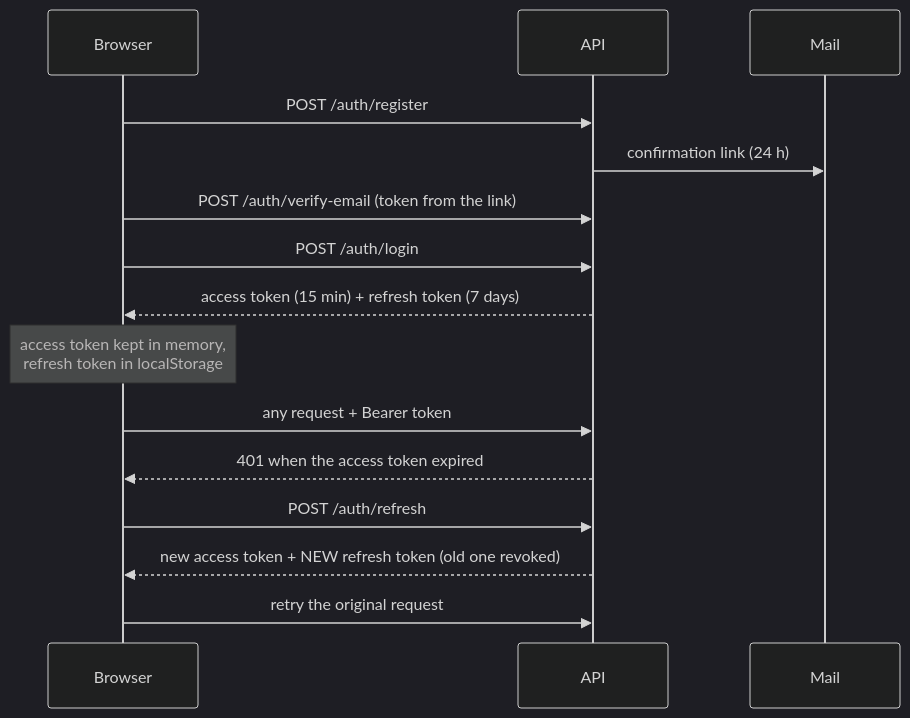
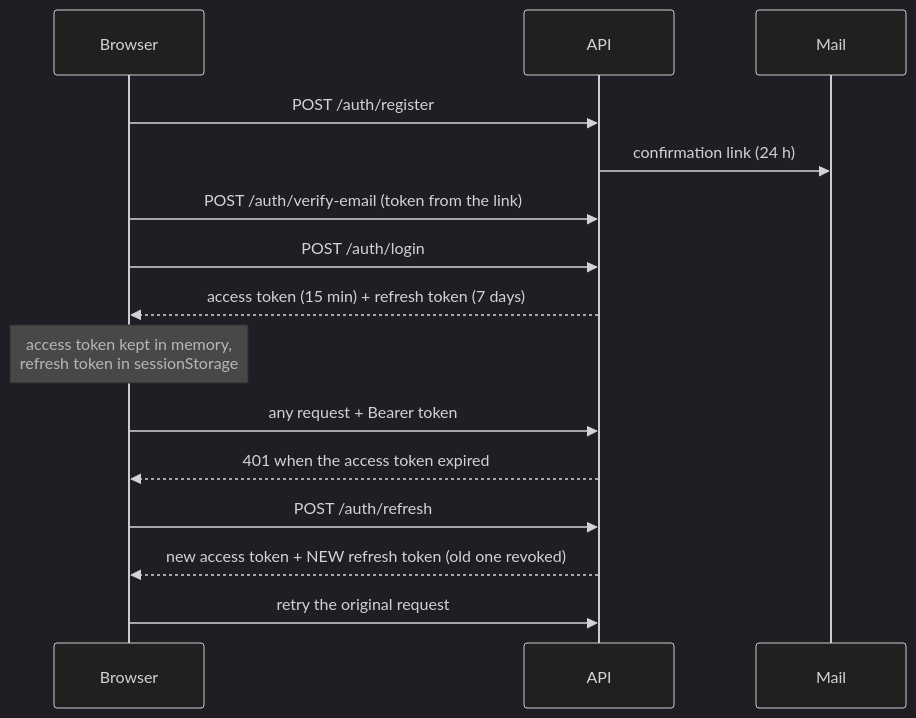
One commit to Adam-104/typequest changed the third of 3 diagrams in README.md. Above: the diagram before and after it, drawn with Mermaid (dark theme). The commit also changed other lines of this file, not shown here.

Commit message:
feat: README fix refresh-token docs

````diff
--- a/README.md
+++ b/README.md
@@ -540,17 +540,17 @@
 ```mermaid
 sequenceDiagram
     participant U as Browser
     participant A as API
     participant M as Mail
     U->>A: POST /auth/register
     A->>M: confirmation link (24 h)
     U->>A: POST /auth/verify-email (token from the link)
     U->>A: POST /auth/login
     A-->>U: access token (15 min) + refresh token (7 days)
-    Note over U: access token kept in memory,<br/>refresh token in localStorage
+    Note over U: access token kept in memory,<br/>refresh token in sessionStorage
     U->>A: any request + Bearer token
     A-->>U: 401 when the access token expired
     U->>A: POST /auth/refresh
     A-->>U: new access token + NEW refresh token (old one revoked)
     U->>A: retry the original request
 ```
````
